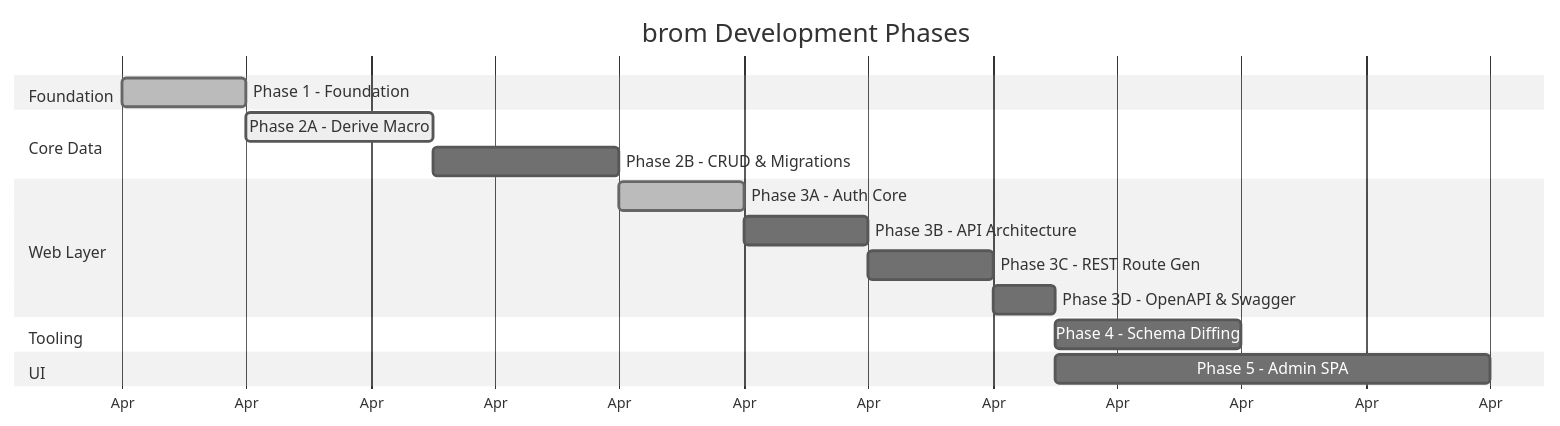
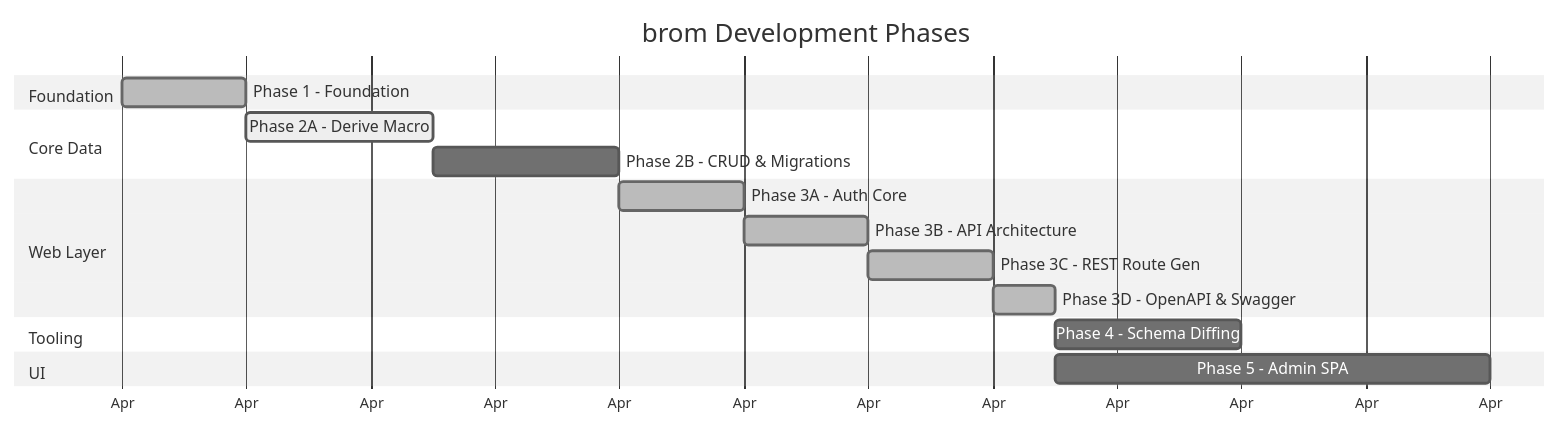
One commit to wends155/brom changed the first of 2 diagrams in roadmap.md. Above: the diagram before and after it, drawn with Mermaid (neutral theme). The commit also changed other lines of this file and 15 other files, not shown here.

````diff
--- a/roadmap.md
+++ b/roadmap.md
@@ -34,25 +34,25 @@
 ```mermaid
 gantt
     title brom Development Phases
     dateFormat YYYY-MM-DD
     axisFormat %b
 
     section Foundation
     Phase 1 - Foundation           :done, p1, 2026-04-01, 2d
 
     section Core Data
     Phase 2A - Derive Macro        :active, p2a, after p1, 3d
     Phase 2B - CRUD & Migrations   :p2b, after p2a, 3d
 
     section Web Layer
     Phase 3A - Auth Core           :done, p3a, after p2b, 2d
-    Phase 3B - API Architecture    :p3b, after p3a, 2d
-    Phase 3C - REST Route Gen      :p3c, after p3b, 2d
-    Phase 3D - OpenAPI & Swagger   :p3d, after p3c, 1d
+    Phase 3B - API Architecture    :done, p3b, after p3a, 2d
+    Phase 3C - REST Route Gen      :done, p3c, after p3b, 2d
+    Phase 3D - OpenAPI & Swagger   :done, p3d, after p3c, 1d
 
     section Tooling
     Phase 4 - Schema Diffing       :p4, after p3d, 3d
 
     section UI
     Phase 5 - Admin SPA            :p5, after p3d, 7d
 ```
````
